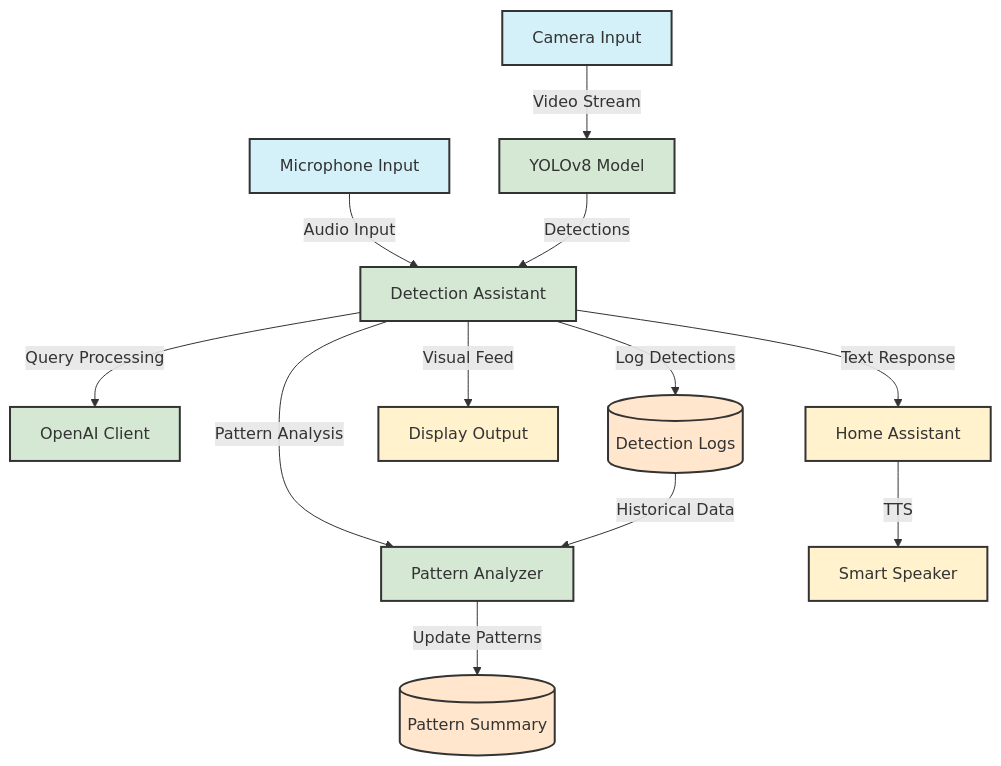
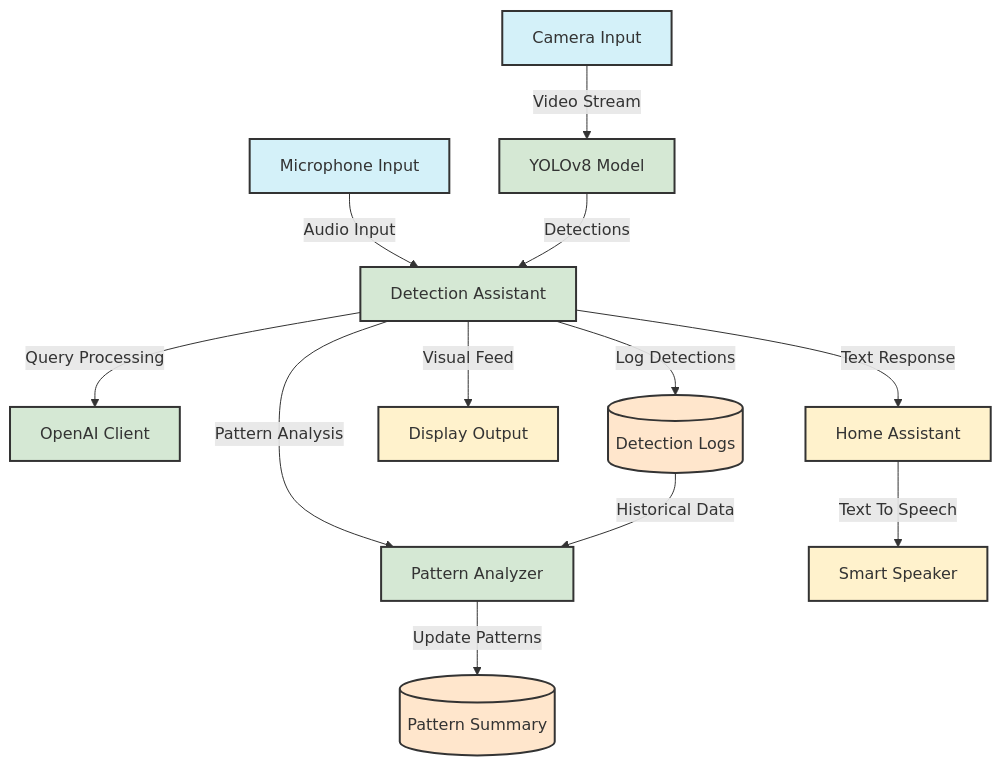
The diagram in README.md (hawksley71/vision-assistant), drawn with Mermaid before and after one commit.

Commit message:
Change TTS to Text To Speech

````diff
--- a/README.md
+++ b/README.md
@@ -6,51 +6,51 @@
 ```mermaid
 graph TB
     %% Input Devices
     Camera[Camera Input]
     Microphone[Microphone Input]
     
     %% Core Components
     YOLO[YOLOv8 Model]
     Assistant[Detection Assistant]
     PatternAnalyzer[Pattern Analyzer]
     OpenAI[OpenAI Client]
     
     %% Data Storage
     DetectionLogs[(Detection Logs)]
     PatternSummary[(Pattern Summary)]
     
     %% Output Devices
     Display[Display Output]
     HA[Home Assistant]
     Speaker[Smart Speaker]
     
     %% Input Device Connections
     Camera -->|Video Stream| YOLO
     Microphone -->|Audio Input| Assistant
     
     %% Core Component Connections
     YOLO -->|Detections| Assistant
     Assistant -->|Pattern Analysis| PatternAnalyzer
     Assistant -->|Query Processing| OpenAI
     
     %% Data Storage Connections
     Assistant -->|Log Detections| DetectionLogs
     PatternAnalyzer -->|Update Patterns| PatternSummary
     DetectionLogs -->|Historical Data| PatternAnalyzer
     
     %% Output Device Connections
     Assistant -->|Visual Feed| Display
     Assistant -->|Text Response| HA
-    HA -->|TTS| Speaker
+    HA -->|Text To Speech| Speaker
     
     %% Styling
     classDef input fill:#d4f1f9,stroke:#333,stroke-width:2px
     classDef core fill:#d5e8d4,stroke:#333,stroke-width:2px
     classDef storage fill:#ffe6cc,stroke:#333,stroke-width:2px
     classDef output fill:#fff2cc,stroke:#333,stroke-width:2px
     
     class Camera,Microphone input
     class YOLO,Assistant,PatternAnalyzer,OpenAI core
     class DetectionLogs,PatternSummary storage
     class Display,TTS,HA,Speaker output
 ```
````
